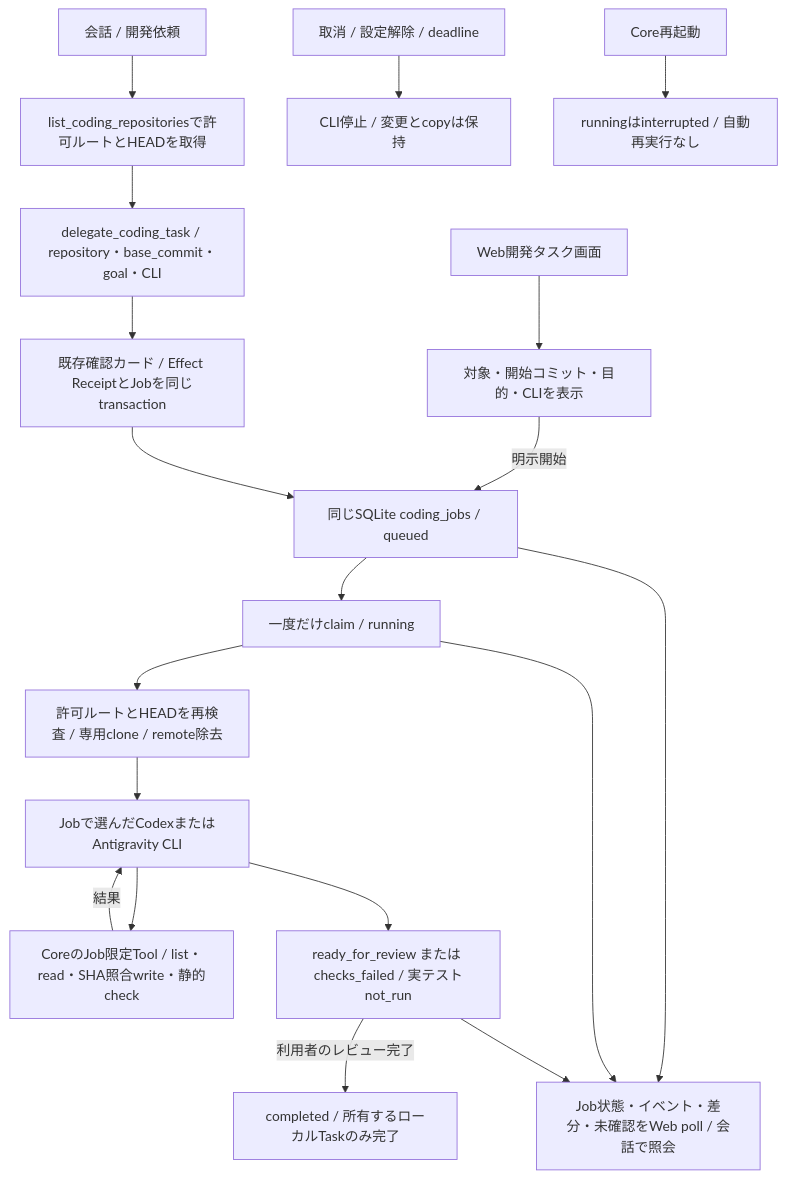
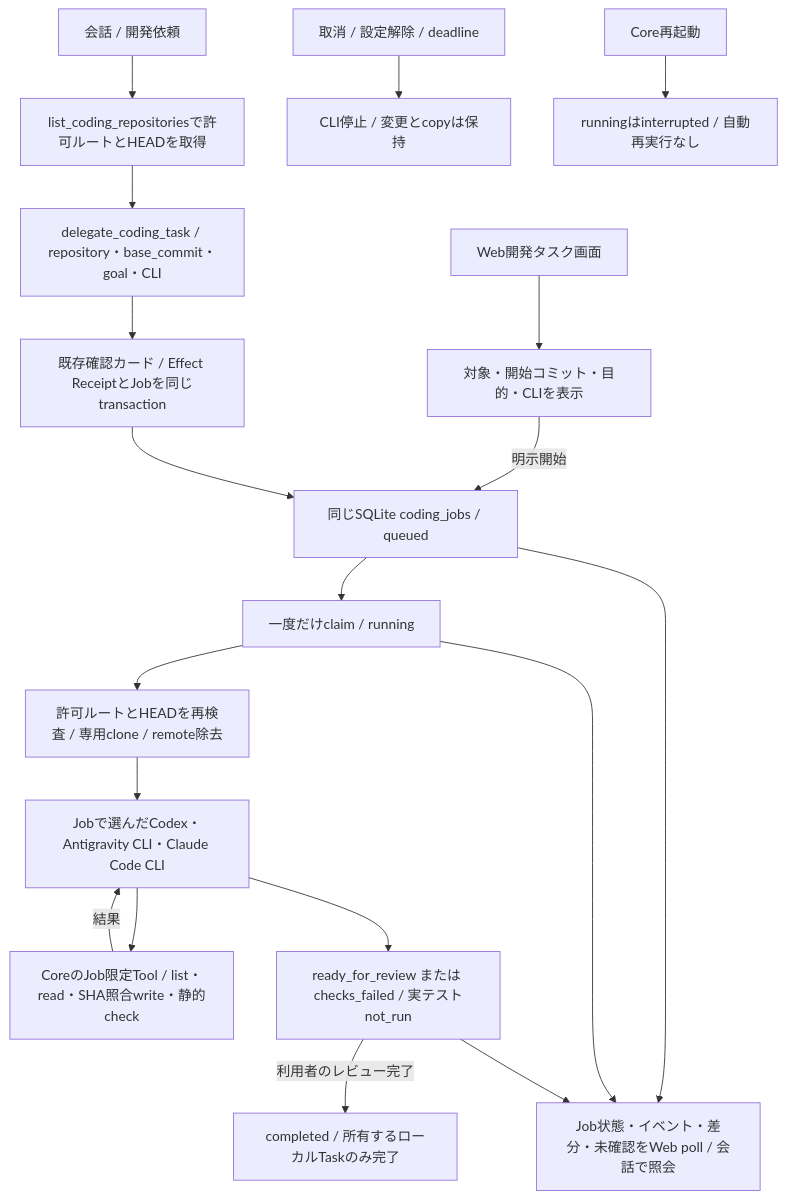
Before and after one commit to Soso2e/PETIT: the fifth of 42 diagrams in docs/runtime-flows.md, drawn with Mermaid. The commit also changed other lines of this file and 28 other files, not shown here.

First line of the commit message:
feat: Claude Code CLIをExecutorとして追加し既定順位を方針順へ (v0.44.0)

````diff
--- a/docs/runtime-flows.md
+++ b/docs/runtime-flows.md
@@ -62,21 +85,21 @@
 ```mermaid
 flowchart TD
     Chat[会話 / 開発依頼] --> Catalog[list_coding_repositoriesで許可ルートとHEADを取得]
     Catalog --> Propose[delegate_coding_task / repository・base_commit・goal・CLI]
     Propose --> Approval[既存確認カード / Effect ReceiptとJobを同じtransaction]
     Web[Web開発タスク画面] --> Review[対象・開始コミット・目的・CLIを表示]
     Review -->|明示開始| Queue[同じSQLite coding_jobs / queued]
     Approval --> Queue
     Queue --> Claim[一度だけclaim / running]
     Claim --> Copy[許可ルートとHEADを再検査 / 専用clone / remote除去]
-    Copy --> Agent[Jobで選んだCodexまたはAntigravity CLI]
+    Copy --> Agent[Jobで選んだCodex・Antigravity CLI・Claude Code CLI]
     Agent --> Scoped[CoreのJob限定Tool / list・read・SHA照合write・静的check]
     Scoped -->|結果| Agent
     Agent --> Done[ready_for_review または checks_failed / 実テストnot_run]
     Done -->|利用者のレビュー完了| Complete[completed / 所有するローカルTaskのみ完了]
     Queue --> Status[Job状態・イベント・差分・未確認をWeb poll / 会話で照会]
     Claim --> Status
     Done --> Status
     Cancel[取消 / 設定解除 / deadline] --> Preserve[CLI停止 / 変更とcopyは保持]
     Restart[Core再起動] --> Interrupted[runningはinterrupted / 自動再実行なし]
 ```
````
